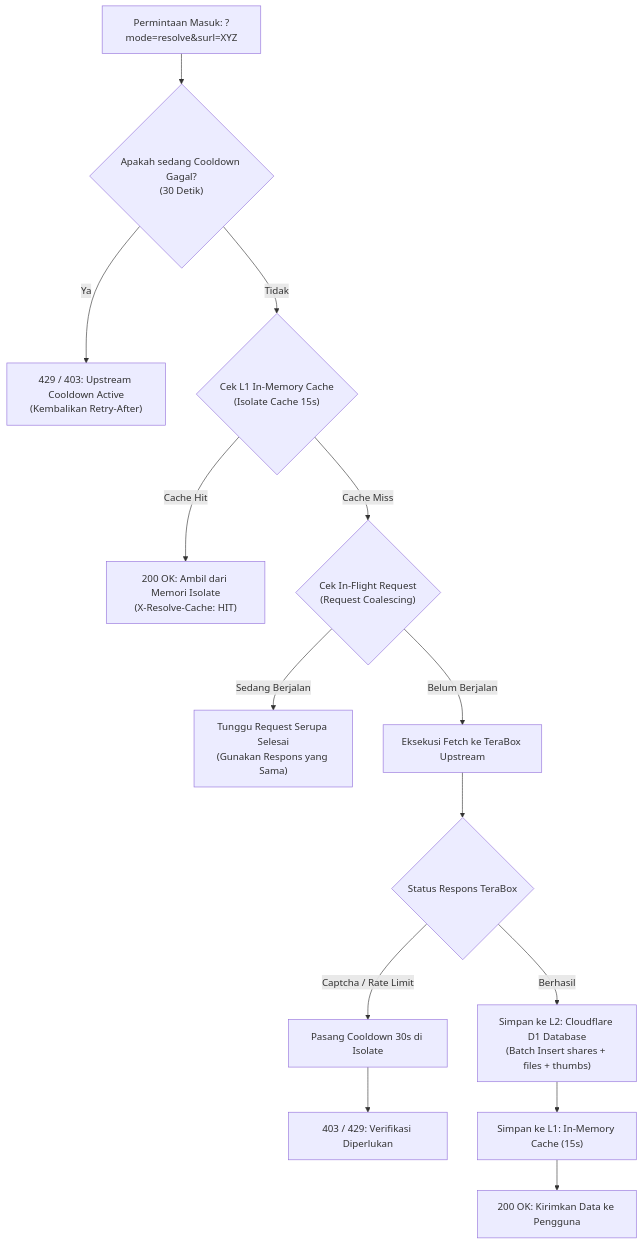
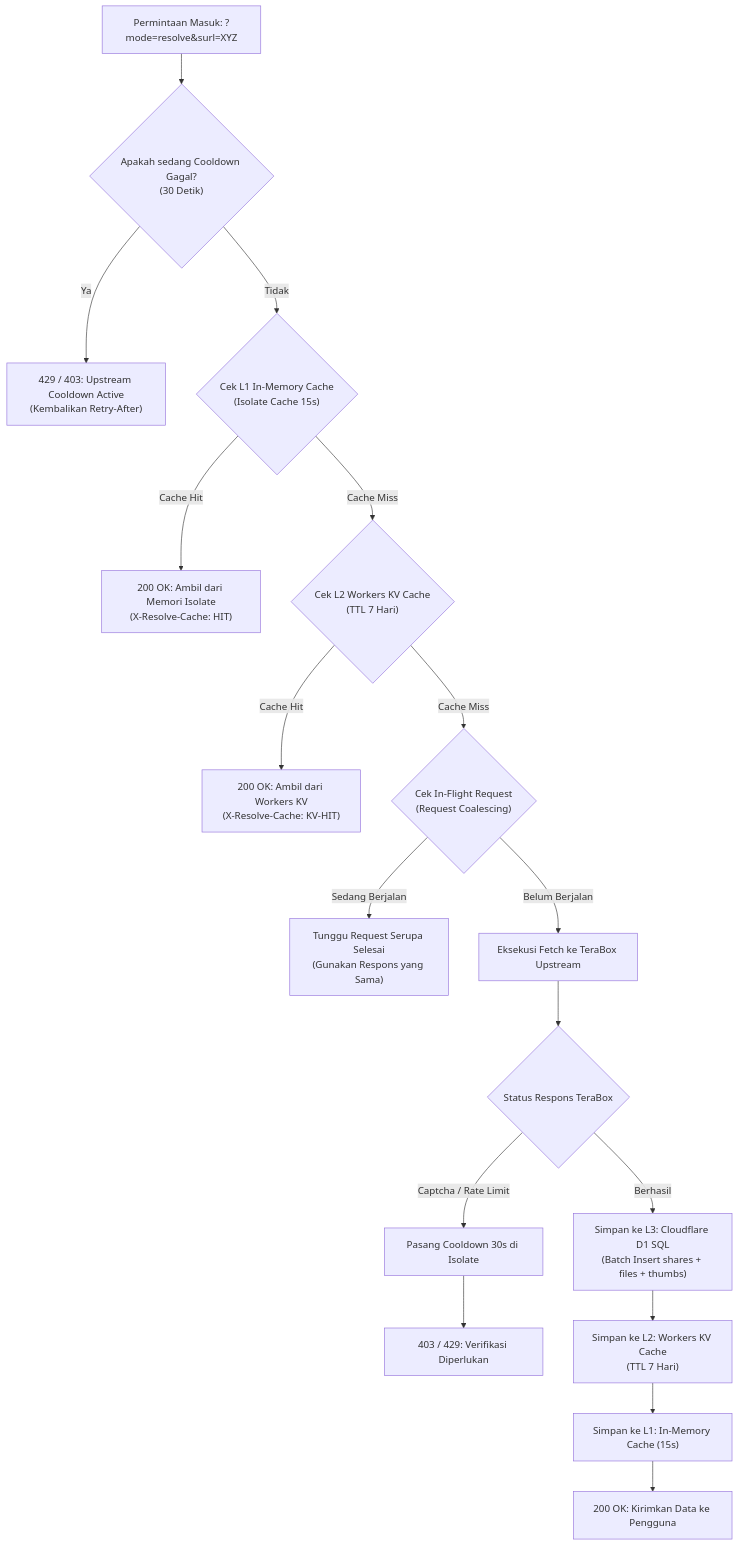
Before and after one commit to kyy-95631488/Athena-Proxy-Server: the second of 6 diagrams in README.md, drawn with Mermaid. The commit also changed other lines of this file and 53 other files, not shown here.

First line of the commit message:
feat: modernize Athena Proxy with clean OOP architecture, React SPA dashboard, Workers KV caching, and auto-responsive UI

````diff
--- a/README.md
+++ b/README.md
@@ -186,18 +186,22 @@
 ```mermaid
 flowchart TD
     Req["Permintaan Masuk: ?mode=resolve&surl=XYZ"] --> CheckCooldown{"Apakah sedang Cooldown Gagal?<br/>(30 Detik)"}
     CheckCooldown -- Ya --> ErrCooldown["429 / 403: Upstream Cooldown Active<br/>(Kembalikan Retry-After)"]
     CheckCooldown -- Tidak --> CheckL1{"Cek L1 In-Memory Cache<br/>(Isolate Cache 15s)"}
 
     CheckL1 -- Cache Hit --> ReturnL1["200 OK: Ambil dari Memori Isolate<br/>(X-Resolve-Cache: HIT)"]
-    CheckL1 -- Cache Miss --> InFlight{"Cek In-Flight Request<br/>(Request Coalescing)"}
+    CheckL1 -- Cache Miss --> CheckL2{"Cek L2 Workers KV Cache<br/>(TTL 7 Hari)"}
+
+    CheckL2 -- Cache Hit --> ReturnL2["200 OK: Ambil dari Workers KV<br/>(X-Resolve-Cache: KV-HIT)"]
+    CheckL2 -- Cache Miss --> InFlight{"Cek In-Flight Request<br/>(Request Coalescing)"}
 
     InFlight -- Sedang Berjalan --> WaitInFlight["Tunggu Request Serupa Selesai<br/>(Gunakan Respons yang Sama)"]
     InFlight -- Belum Berjalan --> FetchUpstream["Eksekusi Fetch ke TeraBox Upstream"]
 
     FetchUpstream --> UpstreamResult{"Status Respons TeraBox"}
     UpstreamResult -- Captcha / Rate Limit --> SetCooldown["Pasang Cooldown 30s di Isolate"] --> ErrUpstream["403 / 429: Verifikasi Diperlukan"]
-    UpstreamResult -- Berhasil --> SaveD1["Simpan ke L2: Cloudflare D1 Database<br/>(Batch Insert shares + files + thumbs)"]
-    SaveD1 --> SaveL1["Simpan ke L1: In-Memory Cache (15s)"]
+    UpstreamResult -- Berhasil --> SaveD1["Simpan ke L3: Cloudflare D1 SQL<br/>(Batch Insert shares + files + thumbs)"]
+    SaveD1 --> SaveKV["Simpan ke L2: Workers KV Cache<br/>(TTL 7 Hari)"]
+    SaveKV --> SaveL1["Simpan ke L1: In-Memory Cache (15s)"]
     SaveL1 --> ReturnSuccess["200 OK: Kirimkan Data ke Pengguna"]
 ```
````
